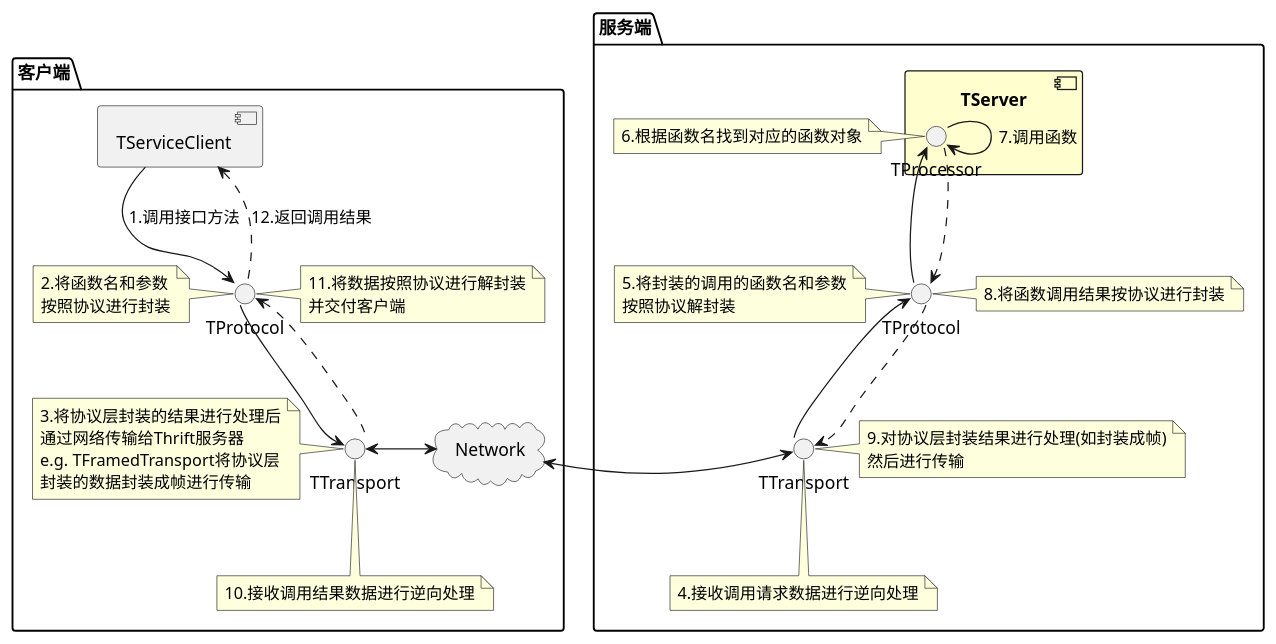
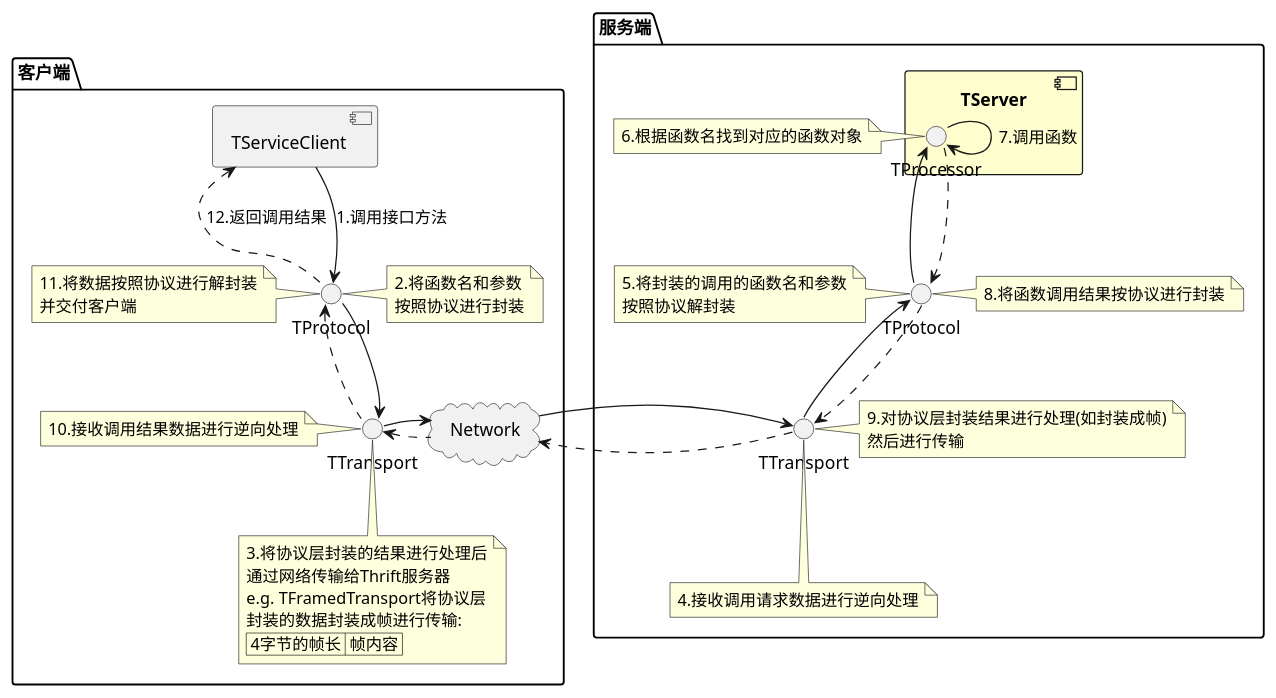
Before and after one commit to peanutForest/thrift-demo: the diagram in src/main/resources/Thrift.puml, drawn with PlantUML. The commit also changed 4 other files, not shown here.

```diff
--- a/src/main/resources/Thrift.puml
+++ b/src/main/resources/Thrift.puml
@@ -1,43 +1,47 @@
 @startuml
+
 package "客户端" {
-    component [TServiceClient] as C
+    [TServiceClient] as C
     () "TProtocol" as C.TPt
     interface "TTransport" as C.TT
 
-    C.TT <-right-> Network
+    C.TT -up.> C.TPt
+    C.TPt -up.> C : 12.返回调用结果
     C -down-> C.TPt : 1.调用接口方法
-    note left of C.TPt: 2.将函数名和参数\n按照协议进行封装
-    C.TPt -do-> C.TT
-    note left of C.TT
+    C.TPt -down-> C.TT
+    Network .left.> C.TT
+    C.TT -right-> Network
+    note right of C.TPt: 2.将函数名和参数\n按照协议进行封装
+    note bottom of C.TT
         3.将协议层封装的结果进行处理后
         通过网络传输给Thrift服务器
         e.g. TFramedTransport将协议层
-        封装的数据封装成帧进行传输
+        封装的数据封装成帧进行传输:
+        | 4字节的帧长 | 帧内容 |
     end note
-    note bottom of C.TT : 10.接收调用结果数据进行逆向处理
-    C.TT -up.> C.TPt
-    note right of C.TPt : 11.将数据按照协议进行解封装\n并交付客户端
-    C.TPt -up.> C : 12.返回调用结果
+    note left of C.TT : 10.接收调用结果数据进行逆向处理
+    note left of C.TPt : 11.将数据按照协议进行解封装\n并交付客户端
 }
 cloud Network {
 }
 package "服务端" {
     component TServer #fefece {
         interface TProcessor as S.TPc
     }
     interface "TTransport" as S.TT
     () "TProtocol" as S.TPt
 
-    Network <-right-> S.TT
+    S.TT .right.> Network
+    Network -left-> S.TT
     S.TT -up-> S.TPt
-    note bottom of S.TT : 4.接收调用请求数据进行逆向处理
-    S.TPt -u-> S.TPc
-    note left of S.TPt : 5.将封装的调用的函数名和参数\n按照协议解封装
-    note right of S.TPc : 6.根据函数名找到对应的函数对象
+    S.TPt -up-> S.TPc
     S.TPc -> S.TPc : 7.调用函数
     S.TPc -down.> S.TPt
+    S.TPt -down.> S.TT
+    note bottom of S.TT : 4.接收调用请求数据进行逆向处理
+    note left of S.TPt : 5.将封装的调用的函数名和参数\n按照协议解封装
+    note left of S.TPc : 6.根据函数名找到对应的函数对象
     note right of S.TPt : 8.将函数调用结果按协议进行封装
-    S.TPt -down.> S.TT
     note right of S.TT : 9.对协议层封装结果进行处理(如封装成帧)\n然后进行传输
 }
 @enduml
```
